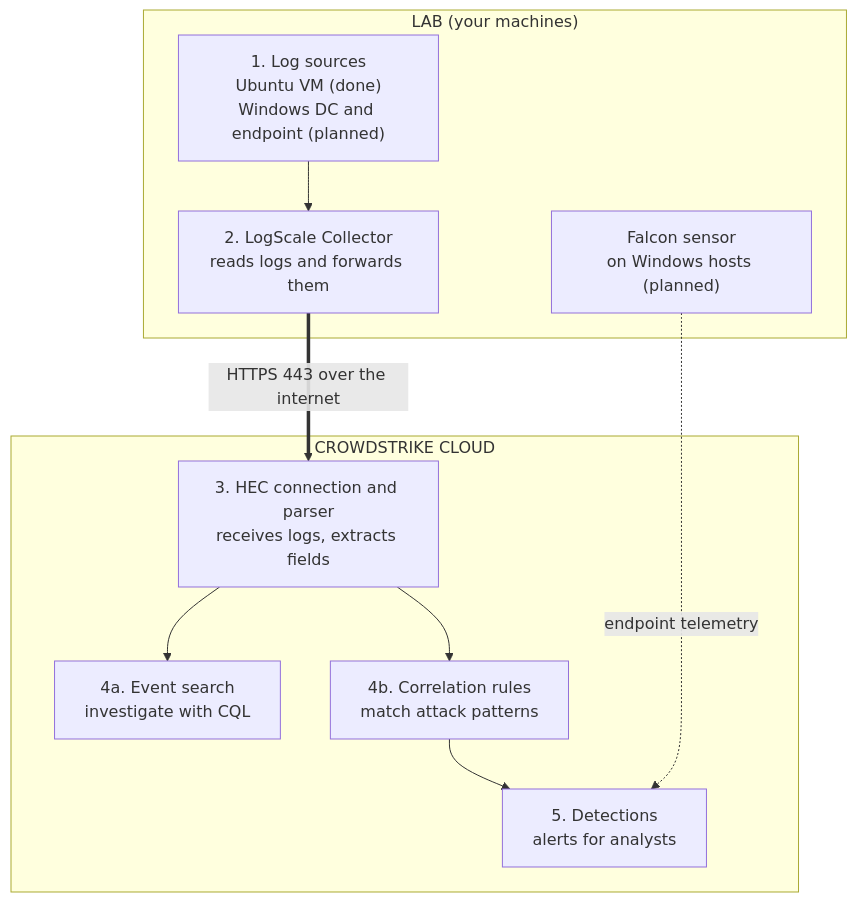
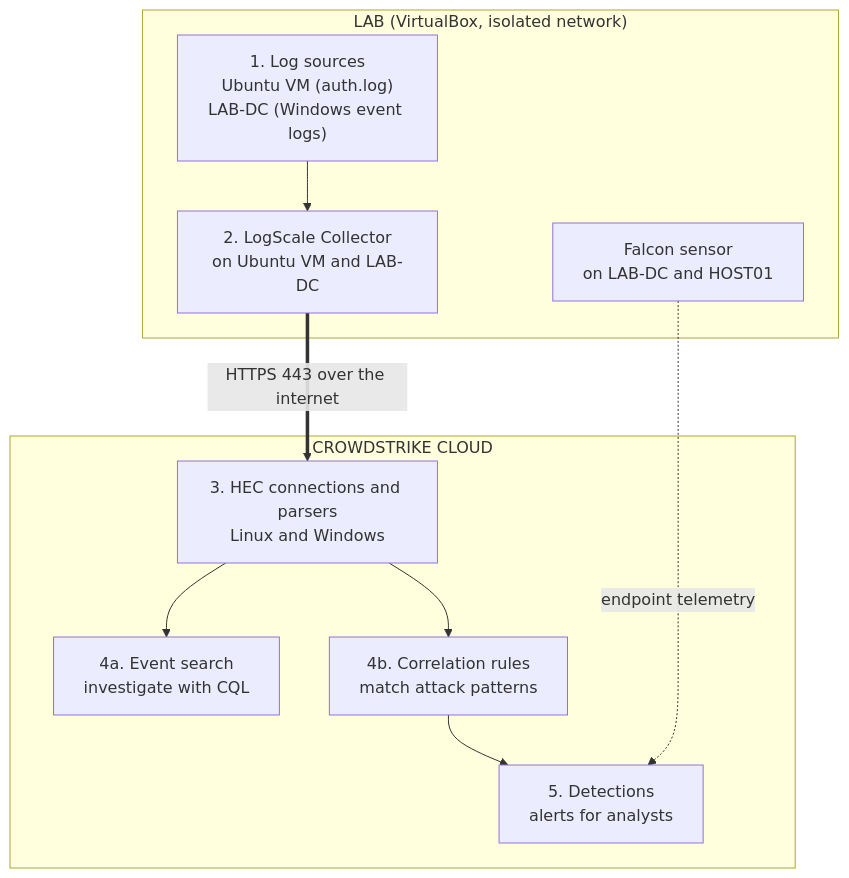
One commit to Blazehm/crowdstrike_siem_poc changed the diagram in README.md. Above: the diagram before and after it, drawn with Mermaid. The commit also changed other lines of this file, not shown here.

````diff
--- a/README.md
+++ b/README.md
@@ -9,20 +9,20 @@
 ```mermaid
 flowchart TB
-  subgraph LAB["LAB (your machines)"]
-    A["1. Log sources<br/>Ubuntu VM (done)<br/>Windows DC and endpoint (planned)"]
-    B["2. LogScale Collector<br/>reads logs and forwards them"]
-    S["Falcon sensor<br/>on Windows hosts (planned)"]
+  subgraph LAB["LAB (VirtualBox, isolated network)"]
+    A["1. Log sources<br/>Ubuntu VM (auth.log)<br/>LAB-DC (Windows event logs)"]
+    B["2. LogScale Collector<br/>on Ubuntu VM and LAB-DC"]
+    S["Falcon sensor<br/>on LAB-DC and HOST01"]
     A --> B
   end
   subgraph CLOUD["CROWDSTRIKE CLOUD"]
-    C["3. HEC connection and parser<br/>receives logs, extracts fields"]
+    C["3. HEC connections and parsers<br/>Linux and Windows"]
     D["4a. Event search<br/>investigate with CQL"]
     E["4b. Correlation rules<br/>match attack patterns"]
     F["5. Detections<br/>alerts for analysts"]
     C --> D
     C --> E
     E --> F
   end
   B ==>|"HTTPS 443 over the internet"| C
   S -.->|"endpoint telemetry"| F
 ```
````
